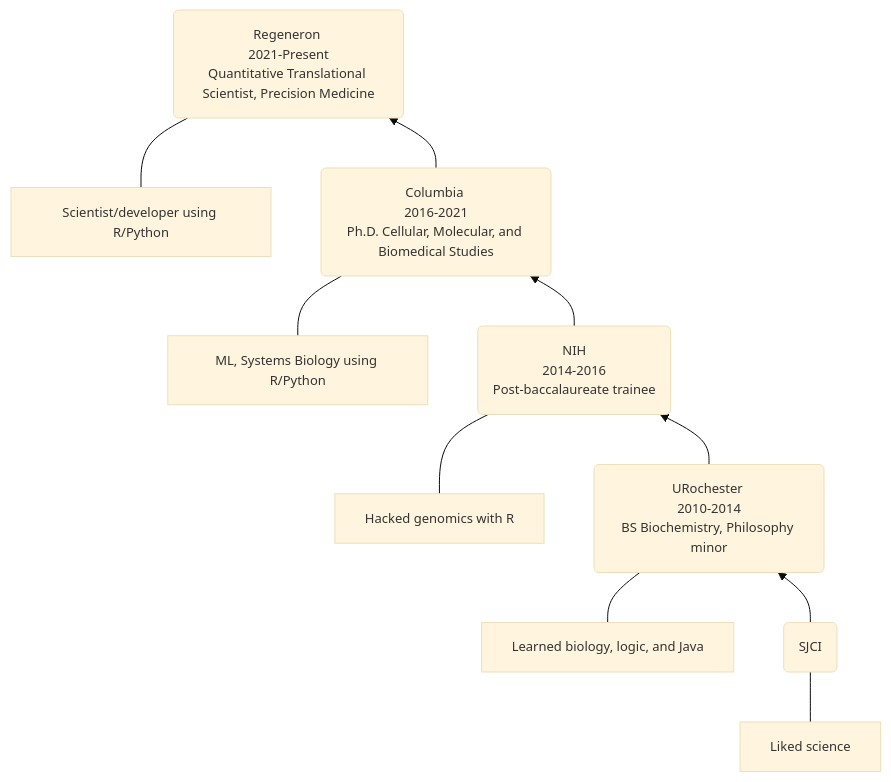
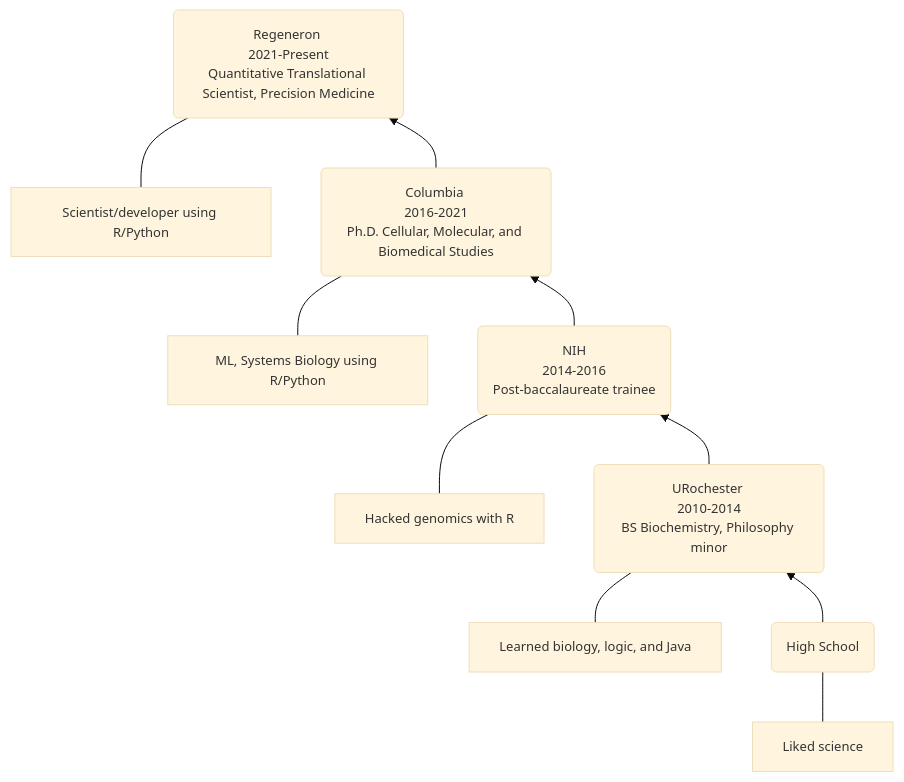
The diagram in content/about/index.qmd (ngiangre/ngiangre.github.io), drawn with Mermaid before and after one commit. The commit also changed 3 other files, not shown here.

Commit message:
add linebreak to mermaid box

````diff
--- a/content/about/index.qmd
+++ b/content/about/index.qmd
@@ -38,19 +38,19 @@
 ```{mermaid .mermaid}
 %%| label: fig-mermaid-flowchart
 %%| fig-cap: Education and experience timeline
 
 %%{init: {'theme': 'base', 'sequence':{'useMaxWidth': false}, 'themeVariables': { 'fontSize': '13px', 'fontFamily': 'Inter', 'wrap': true}}}%%
 
 flowchart BT
-  HSCoding[ Liked science ] --- HS
+  HSCoding[ Liked science <br>] --- HS
   CollegeCoding[ Learned biology, logic, and Java ] --- College
   PostbacCoding[ Hacked genomics with R ] --- Postbac
   PhdCoding[ ML, Systems Biology using R/Python ] --- Phd
   JobCoding[ Scientist/developer using R/Python ] --- Job
 
-  HS( SJCI ) --> College( URochester <br>2010-2014<br>BS Biochemistry, Philosophy minor)
+  HS( High School ) --> College( URochester <br>2010-2014<br>BS Biochemistry, Philosophy minor)
   College --> Postbac( NIH <br>2014-2016<br>Post-baccalaureate trainee)
   Postbac --> Phd( Columbia <br>2016-2021<br>Ph.D. Cellular, Molecular, and Biomedical Studies)
   Phd -->  Job( Regeneron <br>2021-Present<br>Quantitative Translational Scientist, Precision Medicine)
  
 ```
````
